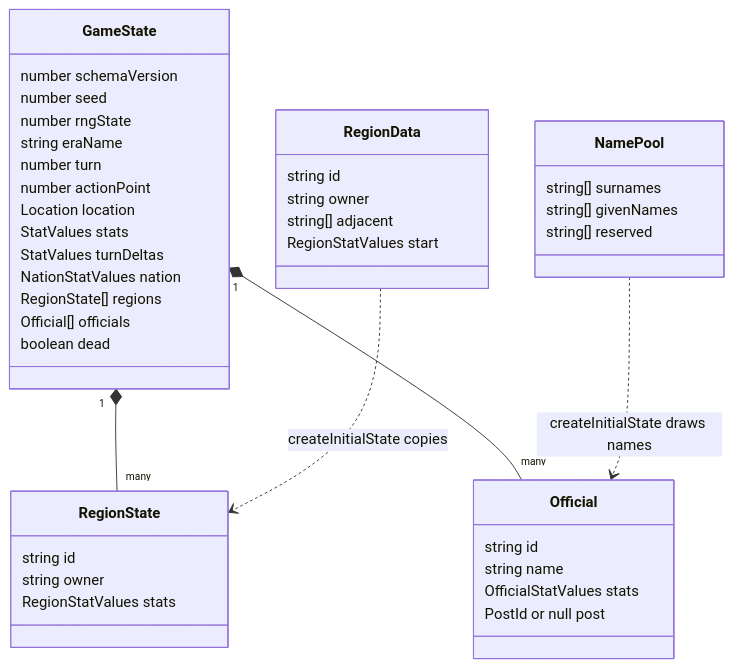
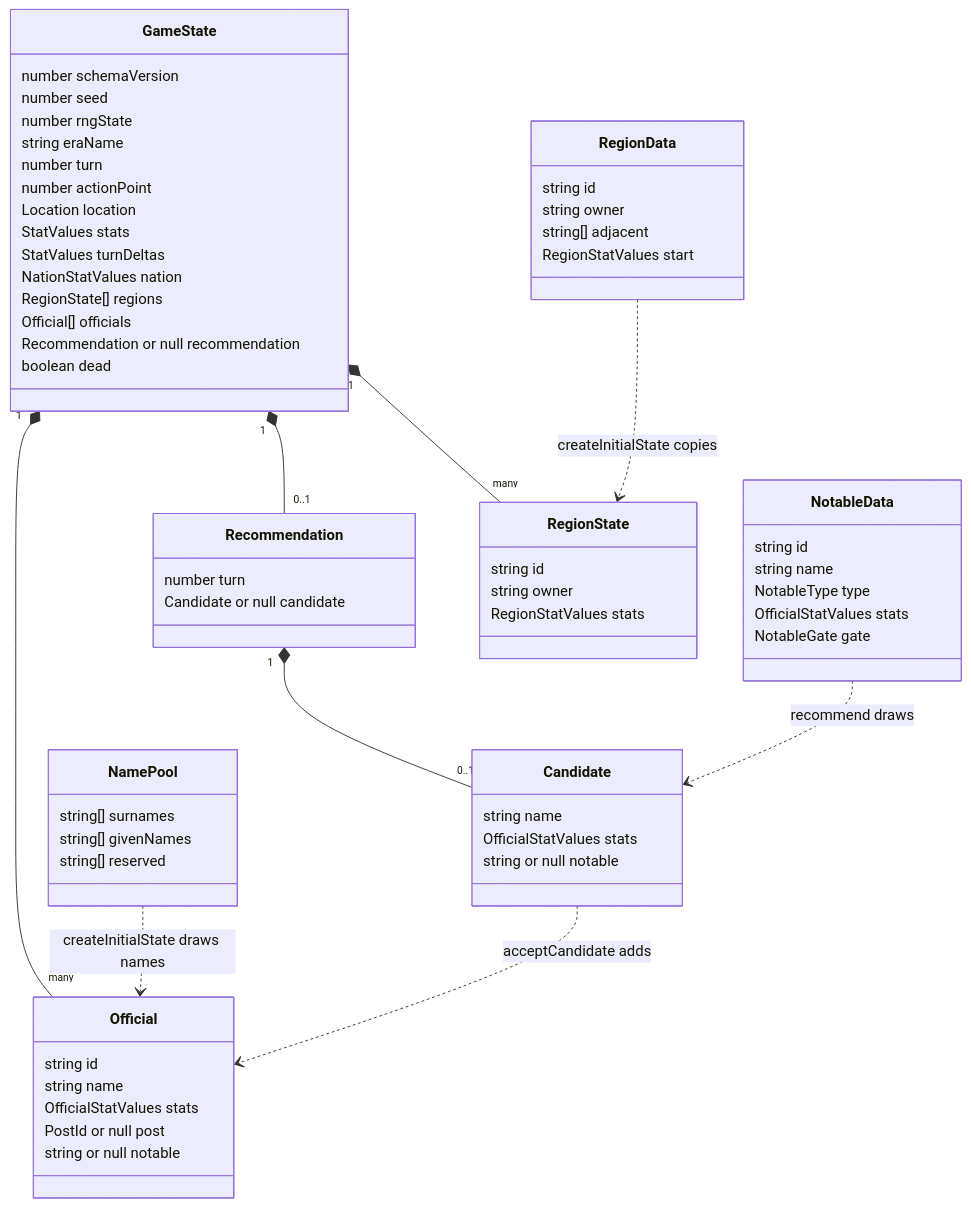
Before and after one commit to dcheng1248/agent-harness-test: the diagram in packages/core/ARCHITECTURE.md, drawn with Mermaid. The commit also changed other lines of this file and 9 other files, not shown here.

````diff
--- a/packages/core/ARCHITECTURE.md
+++ b/packages/core/ARCHITECTURE.md
@@ -8,44 +8,66 @@
 ```mermaid
 classDiagram
   class GameState {
     number schemaVersion
     number seed
     number rngState
     string eraName
     number turn
     number actionPoint
     Location location
     StatValues stats
     StatValues turnDeltas
     NationStatValues nation
     RegionState[] regions
     Official[] officials
+    Recommendation or null recommendation
     boolean dead
   }
   class Official {
     string id
     string name
     OfficialStatValues stats
     PostId or null post
+    string or null notable
+  }
+  class Recommendation {
+    number turn
+    Candidate or null candidate
+  }
+  class Candidate {
+    string name
+    OfficialStatValues stats
+    string or null notable
+  }
+  class NotableData {
+    string id
+    string name
+    NotableType type
+    OfficialStatValues stats
+    NotableGate gate
   }
   class NamePool {
     string[] surnames
     string[] givenNames
     string[] reserved
   }
   class RegionState {
     string id
     string owner
     RegionStatValues stats
   }
   class RegionData {
     string id
     string owner
     string[] adjacent
     RegionStatValues start
   }
   GameState "1" *-- "many" RegionState
   RegionData ..> RegionState : createInitialState copies
   GameState "1" *-- "many" Official
   NamePool ..> Official : createInitialState draws names
+  GameState "1" *-- "0..1" Recommendation
+  Recommendation "1" *-- "0..1" Candidate
+  NotableData ..> Candidate : recommend draws
+  Candidate ..> Official : acceptCandidate adds
 ```
````
